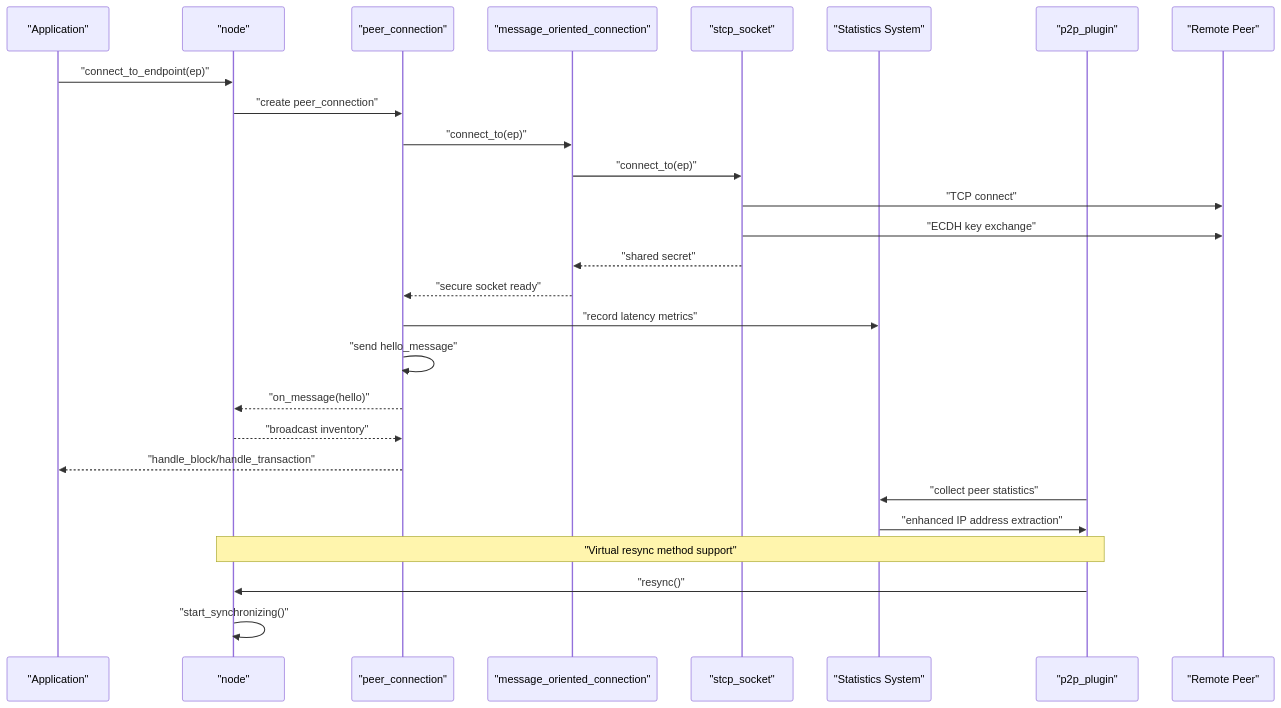
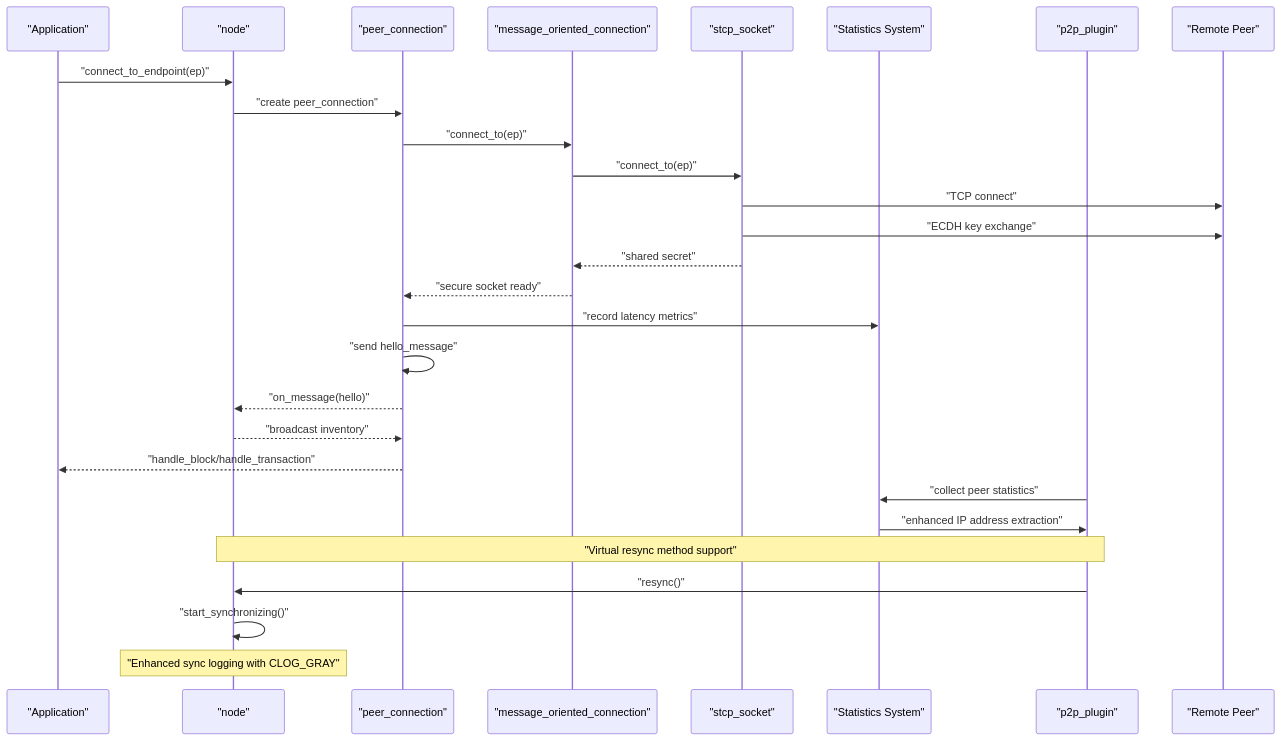
Before and after one commit to VIZ-Blockchain/viz-cpp-node: the second of 13 diagrams in .qoder/repowiki/en/content/Architecture Overview/Core Libraries/Network Library/Network Library.md, drawn with Mermaid. The commit also changed other lines of this file and 3 other files, not shown here.

````diff
--- a/.qoder/repowiki/en/content/Architecture Overview/Core Libraries/Network Library/Network Library.md
+++ b/.qoder/repowiki/en/content/Architecture Overview/Core Libraries/Network Library/Network Library.md
@@ -151,29 +160,30 @@
 ```mermaid
 sequenceDiagram
 participant App as "Application"
 participant Node as "node"
 participant Peer as "peer_connection"
 participant MOC as "message_oriented_connection"
 participant STCP as "stcp_socket"
 participant Stats as "Statistics System"
 participant P2P as "p2p_plugin"
 participant Net as "Remote Peer"
 App->>Node : "connect_to_endpoint(ep)"
 Node->>Peer : "create peer_connection"
 Peer->>MOC : "connect_to(ep)"
 MOC->>STCP : "connect_to(ep)"
 STCP->>Net : "TCP connect"
 STCP->>Net : "ECDH key exchange"
 STCP-->>MOC : "shared secret"
 MOC-->>Peer : "secure socket ready"
 Peer->>Stats : "record latency metrics"
 Peer->>Peer : "send hello_message"
 Peer-->>Node : "on_message(hello)"
 Node-->>Peer : "broadcast inventory"
 Peer-->>App : "handle_block/handle_transaction"
 P2P->>Stats : "collect peer statistics"
 Stats->>P2P : "enhanced IP address extraction"
 Note over Node,P2P : "Virtual resync method support"
 P2P->>Node : "resync()"
 Node->>Node : "start_synchronizing()"
+Note over Node : "Enhanced sync logging with CLOG_GRAY"
 ```
````
